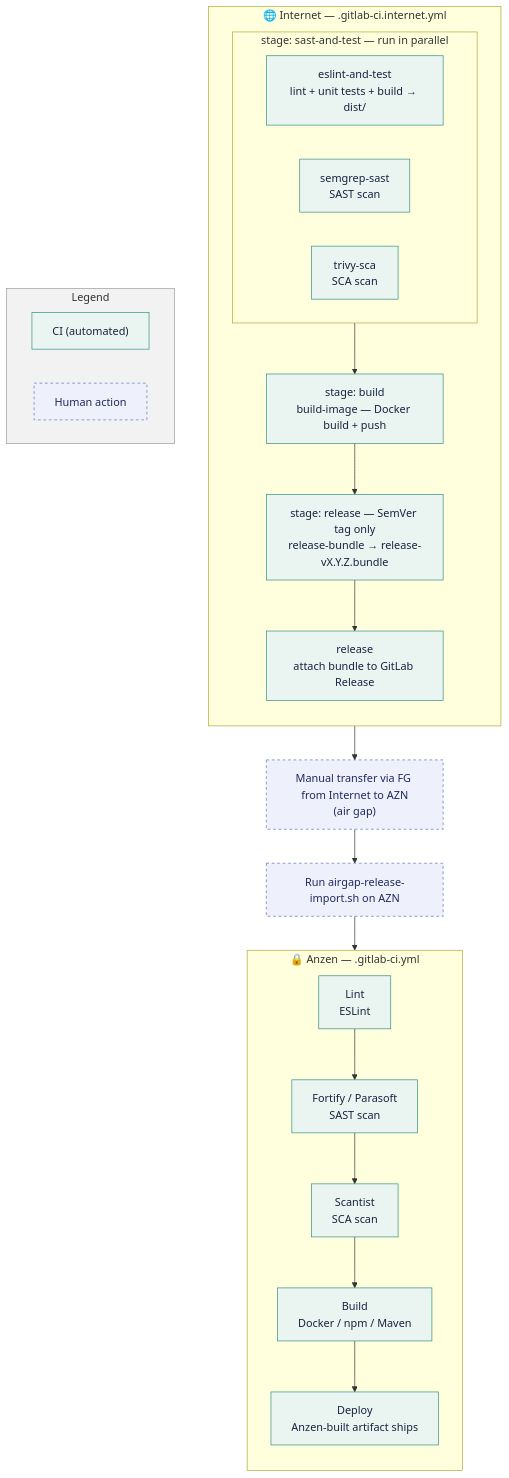
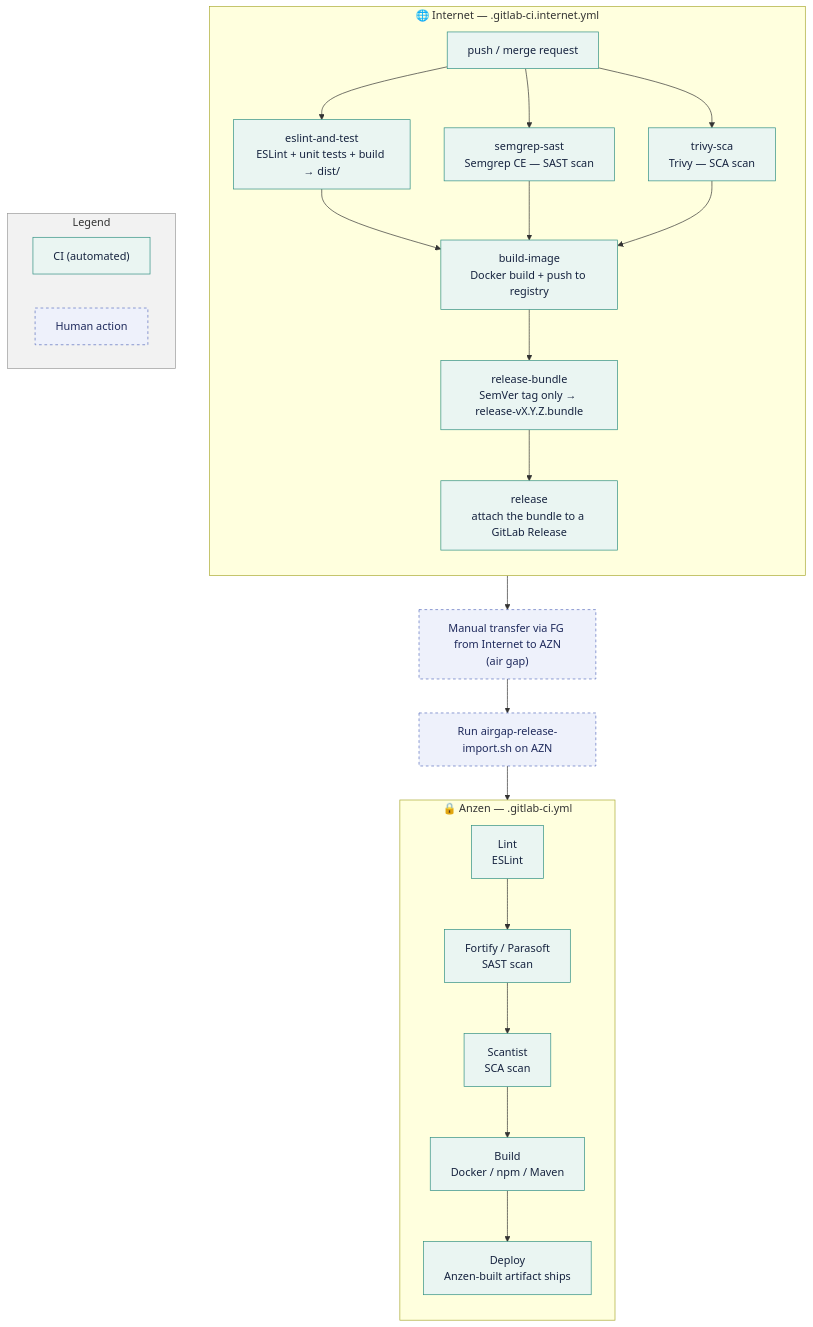
Before and after one commit to janesenaj42/internet-azn-sync: the diagram in README.md, drawn with Mermaid. The commit also changed other lines of this file, not shown here.

Commit message:
docs: name Semgrep and Trivy in the diagram, trim the release-tool answer
The nested "sast-and-test" subgraph hid the scanners. Replaced with an explicit
fan-out from one node to eslint-and-test, semgrep-sast and trivy-sca, then a
fan-in to build-image, so the parallelism is drawn with edges rather than stated
in a subgraph title. Both scan jobs now carry the tool name in the node label.

Release-tool answer cut back to the fact and the two commands. The upstream
retirement date, the per-repo count and the -SNAPSHOT caveat were detail the
question did not ask for.

Also adds the blank line before the section 1 rule, which was rendering the
scanner-gating note as a heading.

````diff
--- a/README.md
+++ b/README.md
@@ -39,37 +40,37 @@
 ```mermaid
 flowchart TD
     classDef ci fill:#eaf5f2,stroke:#2f8f82,color:#16233f
     classDef human fill:#eef1fb,stroke:#5b6fbd,color:#1f2a5c,stroke-dasharray:4 4
  
     subgraph Internet["🌐 Internet — .gitlab-ci.internet.yml"]
         direction TB
-        subgraph S1["stage: sast-and-test — run in parallel"]
-            direction LR
-            I0["eslint-and-test<br/>lint + unit tests + build → dist/"]:::ci
-            I1["semgrep-sast<br/>SAST scan"]:::ci
-            I2["trivy-sca<br/>SCA scan"]:::ci
-        end
-        S1 --> I3["stage: build<br/>build-image — Docker build + push"]:::ci
-        I3 --> I4["stage: release — SemVer tag only<br/>release-bundle → release-vX.Y.Z.bundle"]:::ci
-        I4 --> I5["release<br/>attach bundle to GitLab Release"]:::ci
+        P["push / merge request"]:::ci
+        P --> I0["eslint-and-test<br/>ESLint + unit tests + build → dist/"]:::ci
+        P --> I1["semgrep-sast<br/>Semgrep CE — SAST scan"]:::ci
+        P --> I2["trivy-sca<br/>Trivy — SCA scan"]:::ci
+        I0 --> I3["build-image<br/>Docker build + push to registry"]:::ci
+        I1 --> I3
+        I2 --> I3
+        I3 --> I4["release-bundle<br/>SemVer tag only → release-vX.Y.Z.bundle"]:::ci
+        I4 --> I5["release<br/>attach the bundle to a GitLab Release"]:::ci
     end
  
     I5 --> H1["Manual transfer via FG from Internet to AZN<br/>(air gap)"]:::human
     H1 --> H2["Run airgap-release-import.sh on AZN"]:::human
     H2 --> A0
  
     subgraph Anzen["🔒 Anzen — .gitlab-ci.yml"]
         direction TB
         A0["Lint<br/>ESLint"]:::ci --> A1["Fortify / Parasoft<br/>SAST scan"]:::ci
         A1 --> A1b["Scantist<br/>SCA scan"]:::ci
         A1b --> A2["Build<br/>Docker / npm / Maven"]:::ci
         A2 --> A3["Deploy<br/>Anzen-built artifact ships"]:::ci
     end
  
     subgraph Legend["Legend"]
         direction LR
         LCI["CI (automated)"]:::ci
         LHuman["Human action"]:::human
     end
     style Legend fill:#f2f2f2,stroke:#9a9a9a,color:#333333
 ```
````
